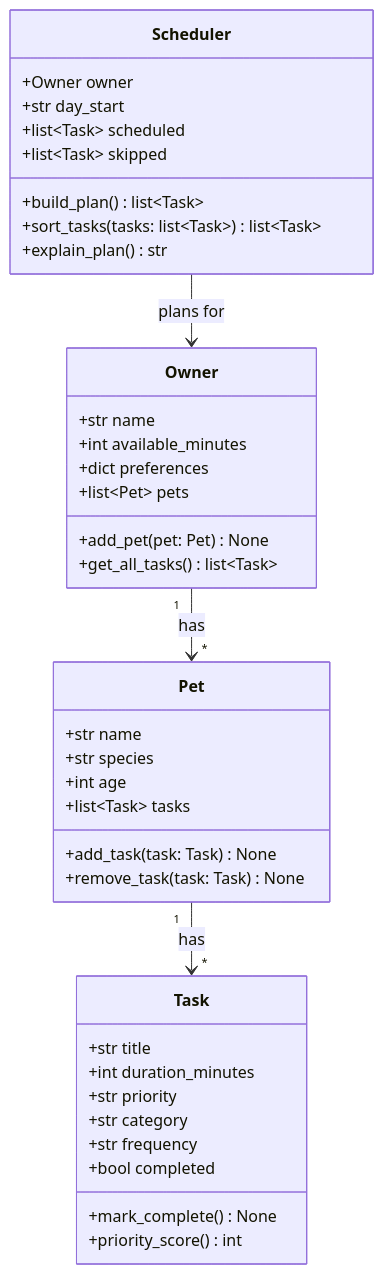
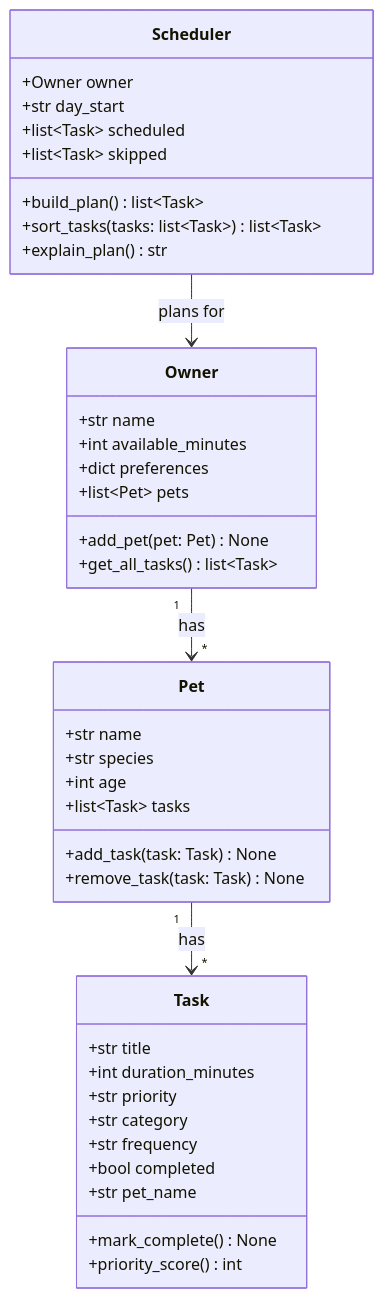
Before and after one commit to tisrale/ai110-module2show-pawpal-starter: the diagram in diagrams/uml.mmd, drawn with Mermaid. The commit also changed 2 other files, not shown here.

Commit message:
refactor: add pet_name to Task based on skeleton review

```diff
--- a/diagrams/uml.mmd
+++ b/diagrams/uml.mmd
@@ -1,46 +1,47 @@
 classDiagram
     %% PawPal+ initial design (Phase 1 draft).
     %% Keep this file updated so it matches your final implementation.
 
     class Owner {
         +str name
         +int available_minutes
         +dict preferences
         +list~Pet~ pets
         +add_pet(pet: Pet) None
         +get_all_tasks() list~Task~
     }
 
     class Pet {
         +str name
         +str species
         +int age
         +list~Task~ tasks
         +add_task(task: Task) None
         +remove_task(task: Task) None
     }
 
     class Task {
         +str title
         +int duration_minutes
         +str priority
         +str category
         +str frequency
         +bool completed
+        +str pet_name
         +mark_complete() None
         +priority_score() int
     }
 
     class Scheduler {
         +Owner owner
         +str day_start
         +list~Task~ scheduled
         +list~Task~ skipped
         +build_plan() list~Task~
         +sort_tasks(tasks: list~Task~) list~Task~
         +explain_plan() str
     }
 
     Owner "1" --> "*" Pet : has
     Pet "1" --> "*" Task : has
     Scheduler --> Owner : plans for
```
